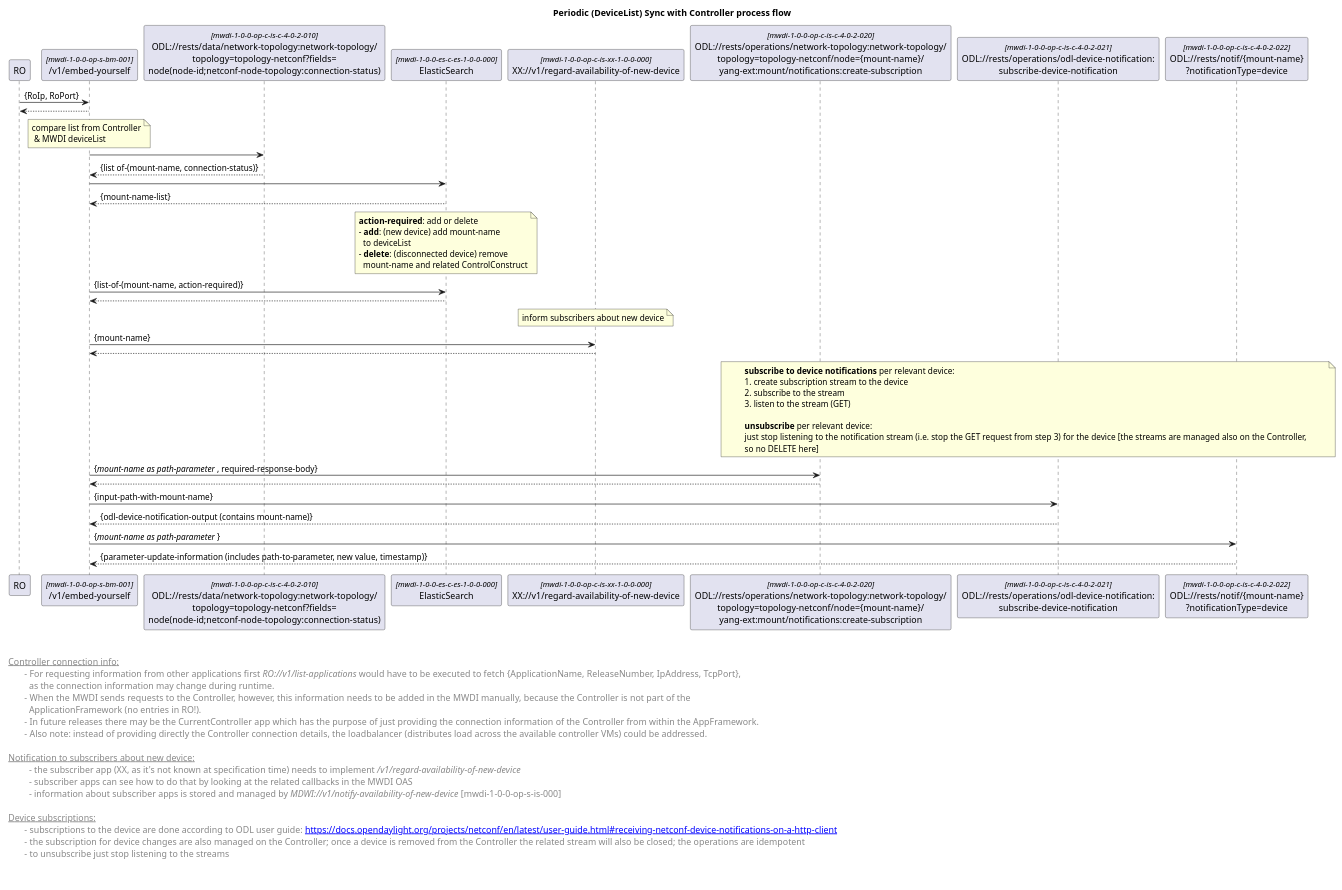
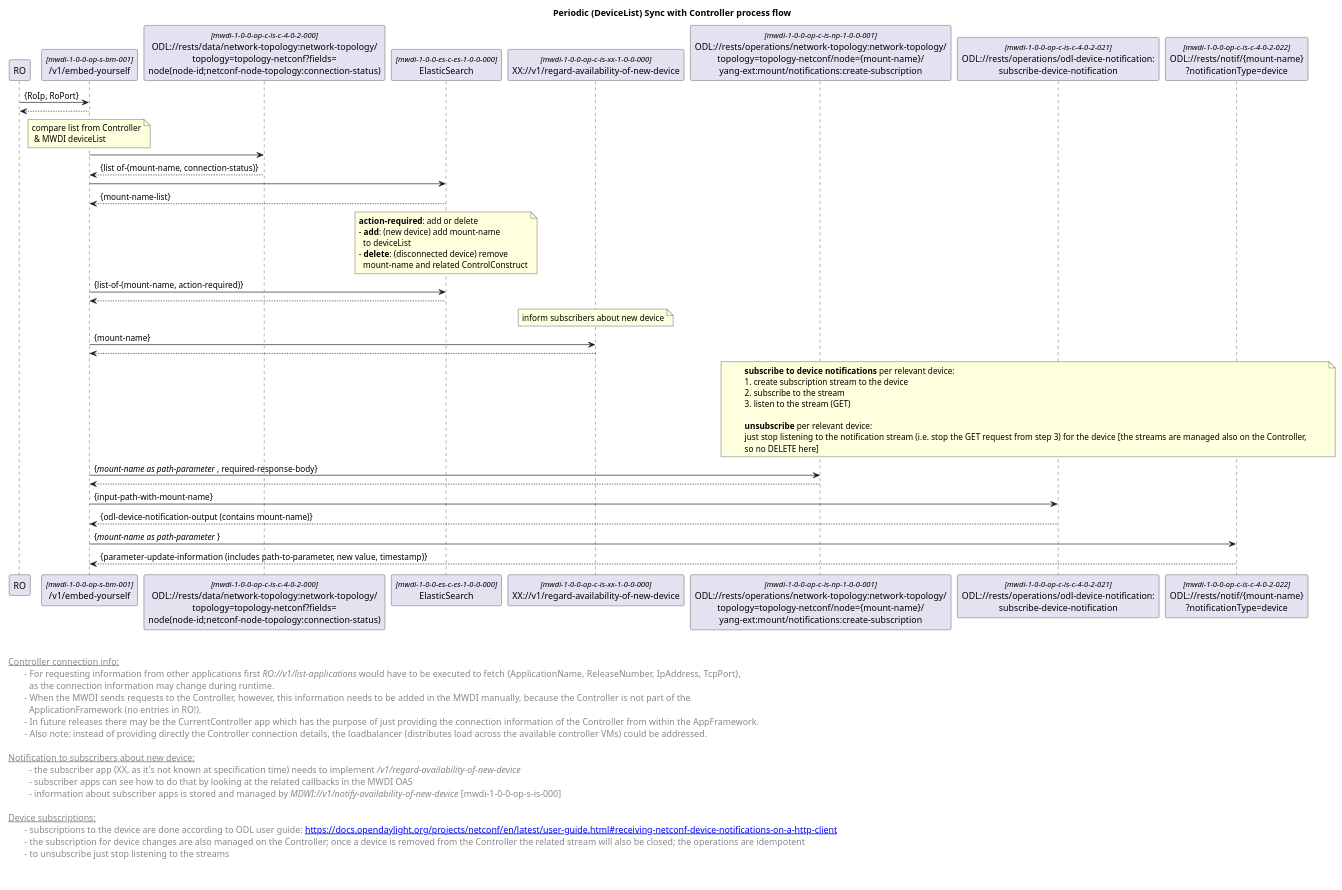
One commit to openBackhaul/MicroWaveDeviceInventory changed the diagram in spec/_NEU_MIT_NOTIFICATION_PROXY_draft/diagrams/01x_forwardingCyclicOperationDeviceListSync.plantuml. Above: the diagram before and after it, drawn with PlantUML. The commit also changed 6 other files, not shown here.

```diff
--- a/spec/_NEU_MIT_NOTIFICATION_PROXY_draft/diagrams/01x_forwardingCyclicOperationDeviceListSync.plantuml
+++ b/spec/_NEU_MIT_NOTIFICATION_PROXY_draft/diagrams/01x_forwardingCyclicOperationDeviceListSync.plantuml
@@ -1,105 +1,105 @@
 @startuml
 skinparam responseMessageBelowArrow true
 skinparam guillemet [ ]
 skinparam participant {
   StereotypeFontSize 12  
 }
 
 title  Periodic (DeviceList) Sync with Controller process flow
 
 
 'participants
 participant "RO" as ro
 participant "/v1/embed-yourself" as mwdi <<mwdi-1-0-0-op-s-bm-001>>
-participant "ODL://rests/data/network-topology:network-topology/\ntopology=topology-netconf?fields=\nnode(node-id;netconf-node-topology:connection-status)" as odlConnectionStatus <<mwdi-1-0-0-op-c-is-c-4-0-2-010>>
+participant "ODL://rests/data/network-topology:network-topology/\ntopology=topology-netconf?fields=\nnode(node-id;netconf-node-topology:connection-status)" as odlConnectionStatus <<mwdi-1-0-0-op-c-is-c-4-0-2-000>>
 participant "ElasticSearch" as es <<mwdi-1-0-0-es-c-es-1-0-0-000>>
 participant "XX://v1/regard-availability-of-new-device" as notificationToXX <<mwdi-1-0-0-op-c-is-xx-1-0-0-000>>
-participant "ODL://rests/operations/network-topology:network-topology/\ntopology=topology-netconf/node={mount-name}/\nyang-ext:mount/notifications:create-subscription" as odlsubscribe1 <<mwdi-1-0-0-op-c-is-c-4-0-2-020>>
+participant "ODL://rests/operations/network-topology:network-topology/\ntopology=topology-netconf/node={mount-name}/\nyang-ext:mount/notifications:create-subscription" as odlsubscribe1 <<mwdi-1-0-0-op-c-is-np-1-0-0-001>>
 participant "ODL://rests/operations/odl-device-notification:\nsubscribe-device-notification" as odlsubscribe2 <<mwdi-1-0-0-op-c-is-c-4-0-2-021>>
 participant "ODL://rests/notif/{mount-name}\n?notificationType=device" as odlsubscribe3 <<mwdi-1-0-0-op-c-is-c-4-0-2-022>>
 
 
 ro -> mwdi: {RoIp, RoPort}
 mwdi --> ro
 
 'get deviceList from Controller
 note over mwdi: compare list from Controller\n & MWDI deviceList
 mwdi -> odlConnectionStatus
 odlConnectionStatus --> mwdi: {list of-(mount-name, connection-status)}
 
 'get MWDI deviceList from ElasticSearch 
 mwdi -> es
 es --> mwdi: {mount-name-list}
 
 'diff both lists and process devices accordingly
 note over es
  <b>action-required</b>: add or delete
  - <b>add</b>: (new device) add mount-name 
    to deviceList
  - <b>delete</b>: (disconnected device) remove 
    mount-name and related ControlConstruct
 end note 
 
 mwdi -> es: {list-of-(mount-name, action-required)}
 es --> mwdi
 
 'inform subscribers about new device
 note over notificationToXX: inform subscribers about new device
 mwdi -> notificationToXX: {mount-name}
 notificationToXX --> mwdi
 
 'subscription to Controller
 note over odlsubscribe1, odlsubscribe3
 <b>subscribe to device notifications</b> per relevant device:
 1. create subscription stream to the device
 2. subscribe to the stream
 3. listen to the stream (GET)
 
 <b>unsubscribe</b> per relevant device:
 just stop listening to the notification stream (i.e. stop the GET request from step 3) for the device [the streams are managed also on the Controller,
 so no DELETE here]
 end note
 
 mwdi -> odlsubscribe1: {<i>mount-name as path-parameter </i>, required-response-body}
 odlsubscribe1 --> mwdi
 
 mwdi -> odlsubscribe2: {input-path-with-mount-name}
 odlsubscribe2 --> mwdi: {odl-device-notification-output (contains mount-name)}
 
 mwdi -> odlsubscribe3: {<i>mount-name as path-parameter </i>}
 odlsubscribe3 --> mwdi: {parameter-update-information (includes path-to-parameter, new value, timestamp)}
 
 
 
 left footer 
 
 
 <u> Controller connection info:</u>
 \t- For requesting information from other applications first <i>RO://v1/list-applications</i> would have to be executed to fetch {ApplicationName, ReleaseNumber, IpAddress, TcpPort}, 
 \t  as the connection information may change during runtime.
 \t-  When the MWDI sends requests to the Controller, however, this information needs to be added in the MWDI manually, because the Controller is not part of the 
 \t  ApplicationFramework (no entries in RO!). 
 \t-  In future releases there may be the CurrentController app which has the purpose of just providing the connection information of the Controller from within the AppFramework.
 \t-  Also note: instead of providing directly the Controller connection details, the loadbalancer (distributes load across the available controller VMs) could be addressed.
 
 <u> Notification to subscribers about new device:</u>
 \t  - the subscriber app (XX, as it's not known at specification time) needs to implement <i>/v1/regard-availability-of-new-device</i>
 \t  - subscriber apps can see how to do that by looking at the related callbacks in the MWDI OAS 
 \t  - information about subscriber apps is stored and managed by <i>MDWI://v1/notify-availability-of-new-device</i> [mwdi-1-0-0-op-s-is-000]
 
 <u> Device subscriptions:</u>
 \t- subscriptions to the device are done according to ODL user guide: [[https://docs.opendaylight.org/projects/netconf/en/latest/user-guide.html#receiving-netconf-device-notifications-on-a-http-client]]
 \t- the subscription for device changes are also managed on the Controller; once a device is removed from the Controller the related stream will also be closed; the operations are idempotent
 \t- to unsubscribe just stop listening to the streams
 
 
 end footer
 
 <style>
 footer {
   HorizontalAlignment left
   FontSize 14
 }
 </style>
 
 @enduml
```
